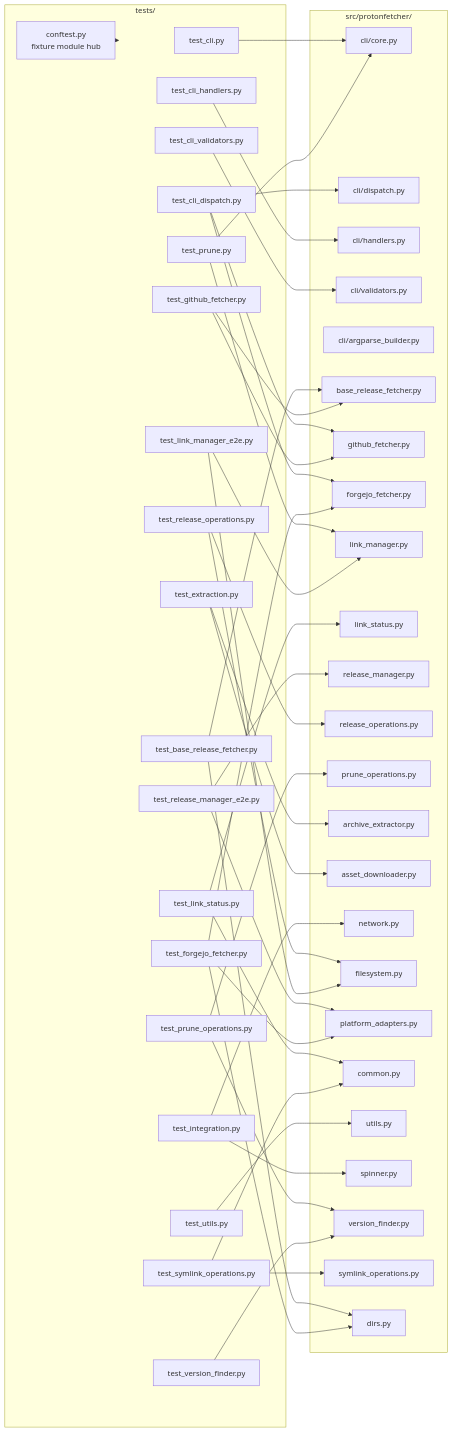
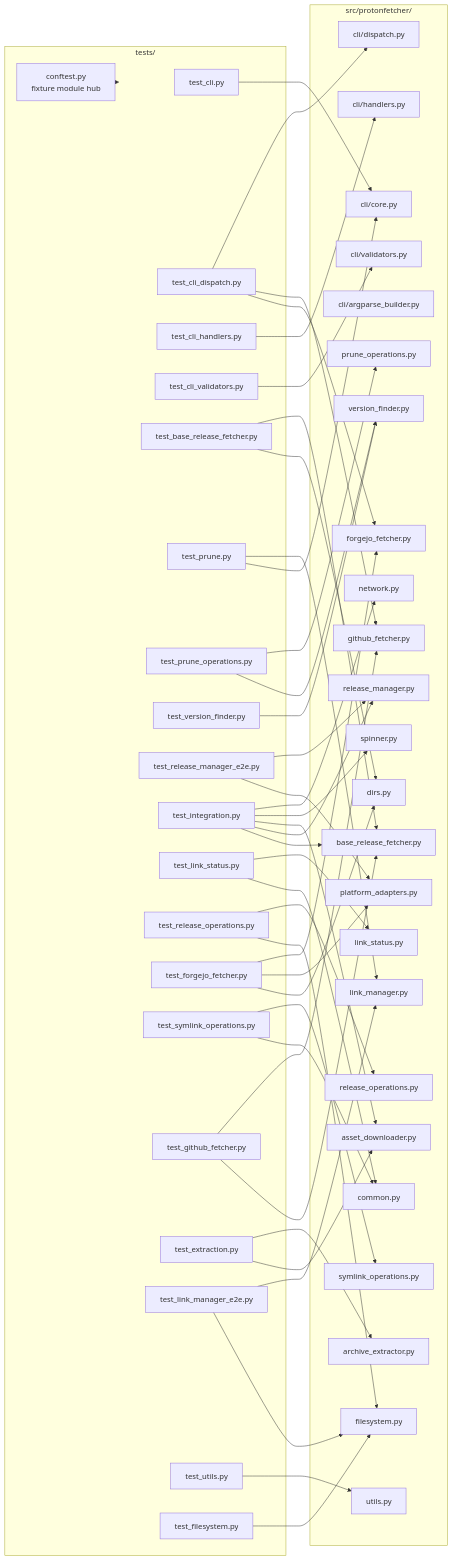
One commit to WombatFromHell/protonge-fetcher changed the second of 16 diagrams in tests/TEST_DESIGN.md. Above: the diagram before and after it, drawn with Mermaid. The commit also changed other lines of this file and 11 other files, not shown here.

````diff
--- a/tests/TEST_DESIGN.md
+++ b/tests/TEST_DESIGN.md
@@ -39,72 +39,74 @@
 ```mermaid
 graph LR
     subgraph TESTS["tests/"]
         T_CLI["test_cli.py"]
         T_DISPATCH["test_cli_dispatch.py"]
         T_HANDLERS["test_cli_handlers.py"]
         T_VALIDATORS["test_cli_validators.py"]
         T_BASE["test_base_release_fetcher.py"]
         T_PRUNE["test_prune.py"]
         T_PRUNE_OPS["test_prune_operations.py"]
         T_VERSION["test_version_finder.py"]
         T_RELEASE_E2E["test_release_manager_e2e.py"]
         T_INTEGRATION["test_integration.py"]
         T_LINK_STATUS["test_link_status.py"]
         T_RELEASE_OPS["test_release_operations.py"]
         T_FORGEJO["test_forgejo_fetcher.py"]
         T_SYMLINK_OPS["test_symlink_operations.py"]
         T_GITHUB["test_github_fetcher.py"]
         T_EXTRACTION["test_extraction.py"]
         T_LINK_MGR["test_link_manager_e2e.py"]
         T_UTILS["test_utils.py"]
+        T_FILESYSTEM["test_filesystem.py"]
         C["conftest.py\nfixture module hub"]
     end
 
     subgraph SRC["src/protonfetcher/"]
         S_CLI_CORE["cli/core.py"]
         S_CLI_DISPATCH["cli/dispatch.py"]
         S_CLI_HANDLERS["cli/handlers.py"]
         S_CLI_VALIDATORS["cli/validators.py"]
         S_CLI_ARGPARSE["cli/argparse_builder.py"]
         S_FETCHER["base_release_fetcher.py"]
         S_GITHUB["github_fetcher.py"]
         S_FORGEJO["forgejo_fetcher.py"]
         S_LINK["link_manager.py"]
         S_LINK_STATUS["link_status.py"]
         S_RELEASE["release_manager.py"]
         S_RELEASE_OPS["release_operations.py"]
         S_PRUNE_OPS["prune_operations.py"]
         S_EXTRACTION["archive_extractor.py"]
         S_DOWNLOAD["asset_downloader.py"]
         S_NETWORK["network.py"]
         S_FS["filesystem.py"]
         S_ADAPTER["platform_adapters.py"]
         S_COMMON["common.py"]
         S_UTILS["utils.py"]
         S_SPINNER["spinner.py"]
         S_VERSION["version_finder.py"]
         S_SYMLINK_OPS["symlink_operations.py"]
         S_DIRS["dirs.py"]
     end
 
     T_CLI --> S_CLI_CORE
     T_DISPATCH --> S_CLI_DISPATCH
     T_DISPATCH --> S_GITHUB & S_FORGEJO
     T_HANDLERS --> S_CLI_HANDLERS
     T_VALIDATORS --> S_CLI_VALIDATORS
     T_BASE --> S_FETCHER & S_DIRS
     T_PRUNE --> S_LINK & S_CLI_CORE
     T_PRUNE_OPS --> S_PRUNE_OPS & S_VERSION
     T_LINK_STATUS --> S_LINK_STATUS & S_COMMON
     T_RELEASE_OPS --> S_RELEASE_OPS & S_FS
     T_RELEASE_E2E --> S_RELEASE & S_ADAPTER
     T_GITHUB --> S_GITHUB & S_FETCHER
     T_FORGEJO --> S_FORGEJO & S_ADAPTER & S_DIRS
     T_EXTRACTION --> S_EXTRACTION & S_DOWNLOAD
-    T_INTEGRATION --> S_NETWORK & S_SPINNER
+    T_INTEGRATION --> S_NETWORK & S_SPINNER & S_DOWNLOAD & S_RELEASE & S_FETCHER
+    T_FILESYSTEM --> S_FS
     T_UTILS --> S_UTILS
     T_VERSION --> S_VERSION
     T_SYMLINK_OPS --> S_SYMLINK_OPS & S_COMMON
     T_LINK_MGR --> S_LINK & S_FS
     C --> TESTS
 ```
````
